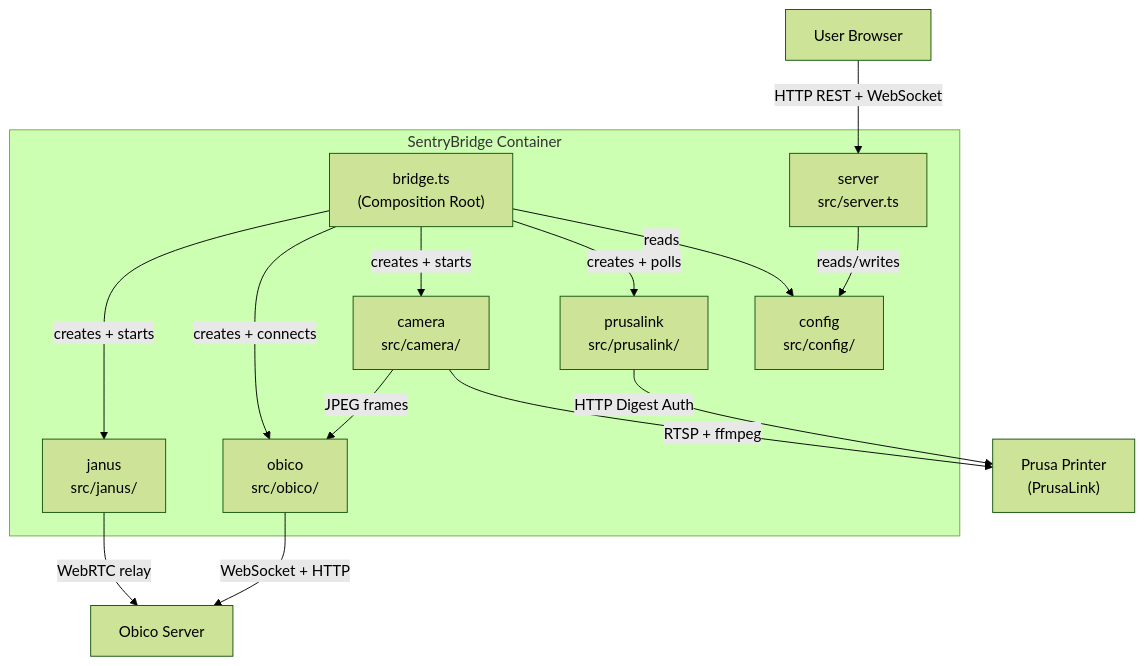
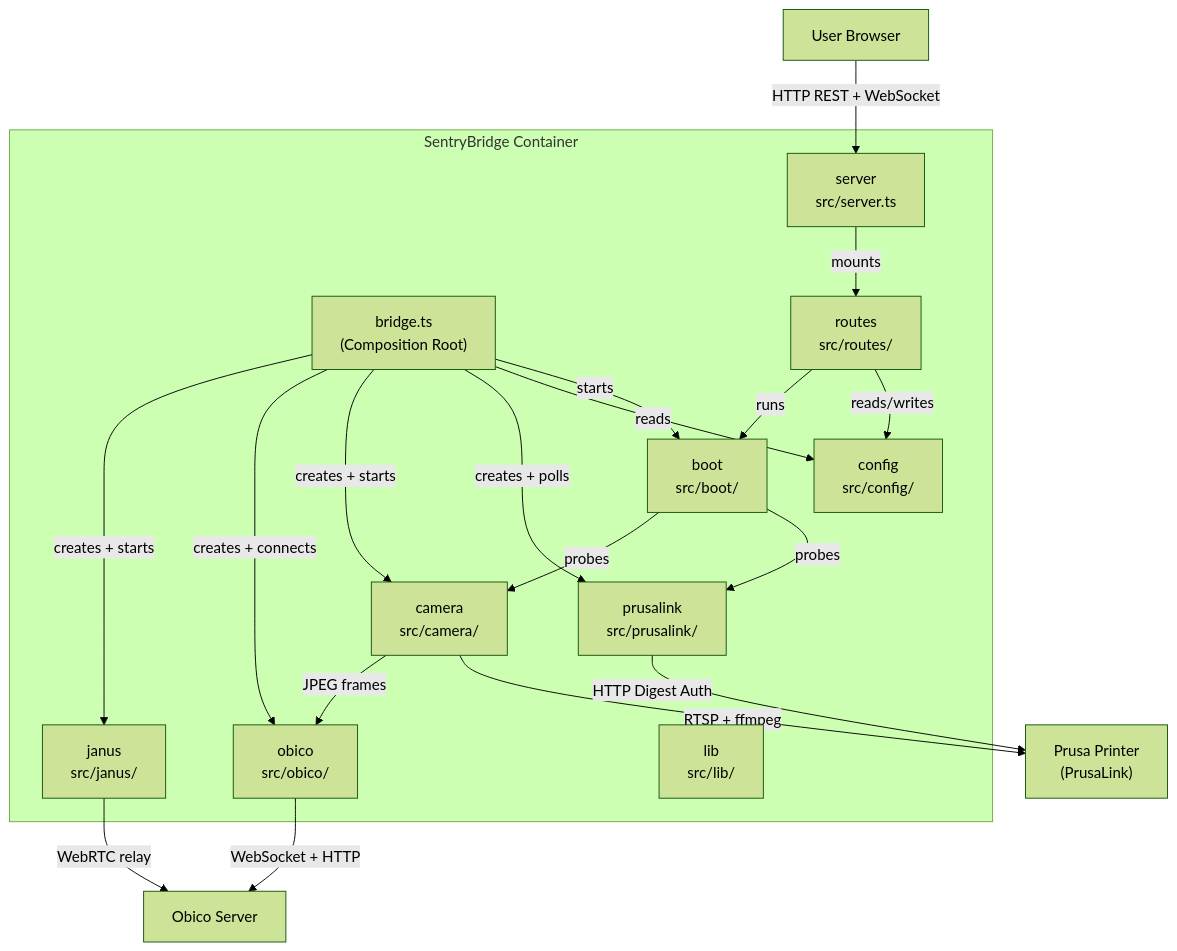
The diagram in docs/architecture/05_building_block_view/README.md (reneleban/sentry-bridge), drawn with Mermaid (forest theme) before and after one commit. The commit also changed other lines of this file and 17 other files, not shown here.

````diff
--- a/docs/architecture/05_building_block_view/README.md
+++ b/docs/architecture/05_building_block_view/README.md
@@ -7,29 +7,37 @@
 ```mermaid
 graph TD
     Browser["User Browser"]
     Printer["Prusa Printer\n(PrusaLink)"]
     ObicoServer["Obico Server"]
 
     subgraph Container["SentryBridge Container"]
         Bridge["bridge.ts\n(Composition Root)"]
         Config["config\nsrc/config/"]
         PrusaLink["prusalink\nsrc/prusalink/"]
         Camera["camera\nsrc/camera/"]
         Obico["obico\nsrc/obico/"]
         Janus["janus\nsrc/janus/"]
         Server["server\nsrc/server.ts"]
+        Routes["routes\nsrc/routes/"]
+        Boot["boot\nsrc/boot/"]
+        Lib["lib\nsrc/lib/"]
     end
 
     Browser -- "HTTP REST + WebSocket" --> Server
-    Server -- "reads/writes" --> Config
+    Server -- "mounts" --> Routes
+    Routes -- "reads/writes" --> Config
+    Routes -- "runs" --> Boot
+    Bridge -- "starts" --> Boot
+    Boot -- "probes" --> PrusaLink
+    Boot -- "probes" --> Camera
     Bridge -- "reads" --> Config
     Bridge -- "creates + polls" --> PrusaLink
     Bridge -- "creates + starts" --> Camera
     Bridge -- "creates + connects" --> Obico
     Bridge -- "creates + starts" --> Janus
     PrusaLink -- "HTTP Digest Auth" --> Printer
     Camera -- "RTSP + ffmpeg" --> Printer
     Obico -- "WebSocket + HTTP" --> ObicoServer
     Janus -- "WebRTC relay" --> ObicoServer
     Camera -- "JPEG frames" --> Obico
 ```
````
